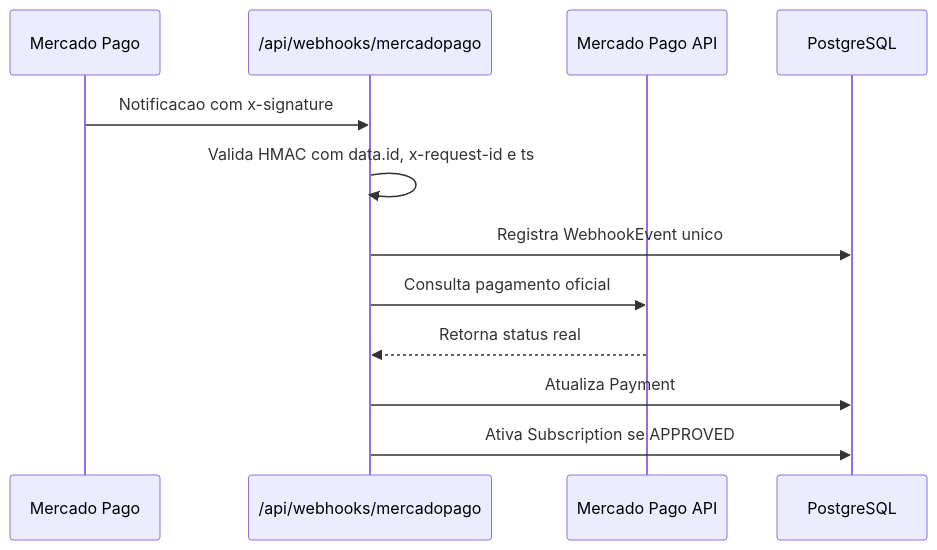
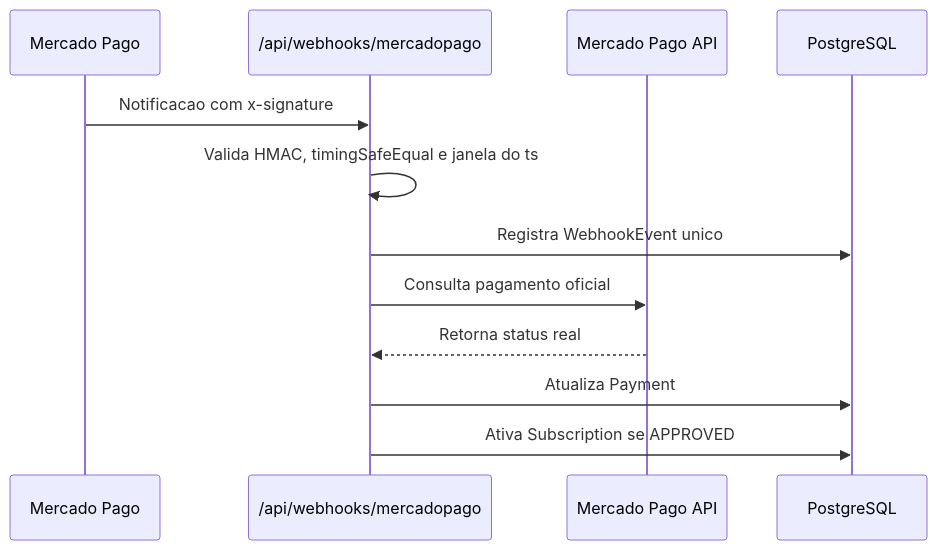
The second of 2 diagrams in README.md (joseph19993d/payflow-saas-demo), drawn with Mermaid before and after one commit. The commit also changed other lines of this file and 27 other files, not shown here.

First line of the commit message:
feat: simplify payflow demo and harden payment flow

````diff
--- a/README.md
+++ b/README.md
@@ -100,15 +100,15 @@
 ```mermaid
 sequenceDiagram
   participant MP as Mercado Pago
   participant WH as /api/webhooks/mercadopago
   participant API as Mercado Pago API
   participant DB as PostgreSQL
 
   MP->>WH: Notificacao com x-signature
-  WH->>WH: Valida HMAC com data.id, x-request-id e ts
+  WH->>WH: Valida HMAC, timingSafeEqual e janela do ts
   WH->>DB: Registra WebhookEvent unico
   WH->>API: Consulta pagamento oficial
   API-->>WH: Retorna status real
   WH->>DB: Atualiza Payment
   WH->>DB: Ativa Subscription se APPROVED
 ```
````
